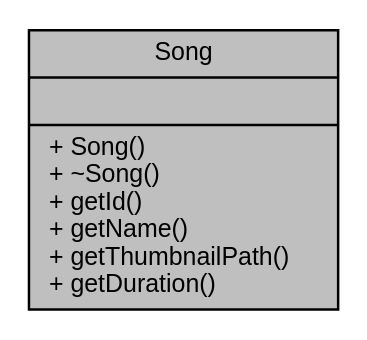
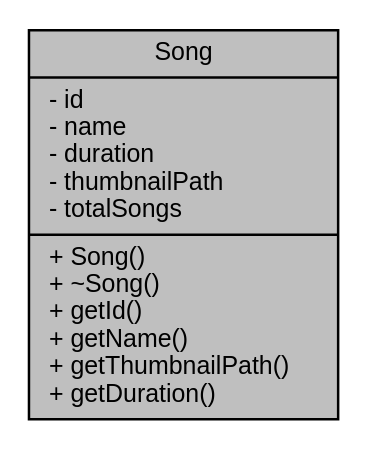
The diagram in Documentation/classSong__coll__graph.dot (Dharmil-Shah3/Music_Player-using-CPP), drawn with Graphviz before and after one commit. The commit also changed 70 other files, not shown here.

```diff
--- a/Documentation/classSong__coll__graph.dot
+++ b/Documentation/classSong__coll__graph.dot
@@ -1,7 +1,7 @@
 digraph "Song"
 {
  // LATEX_PDF_SIZE
   edge [fontname="Helvetica",fontsize="10",labelfontname="Helvetica",labelfontsize="10"];
   node [fontname="Helvetica",fontsize="10",shape=record];
-  Node1 [label="{Song\n||+ Song()\l+ ~Song()\l+ getId()\l+ getName()\l+ getThumbnailPath()\l+ getDuration()\l}",height=0.2,width=0.4,color="black", fillcolor="grey75", style="filled", fontcolor="black",tooltip="The Song class represents a song, and contains song related attributes and methods."];
+  Node1 [label="{Song\n|- id\l- name\l- duration\l- thumbnailPath\l- totalSongs\l|+ Song()\l+ ~Song()\l+ getId()\l+ getName()\l+ getThumbnailPath()\l+ getDuration()\l}",height=0.2,width=0.4,color="black", fillcolor="grey75", style="filled", fontcolor="black",tooltip="The Song class represents a song, and contains song related attributes and methods."];
 }
```
